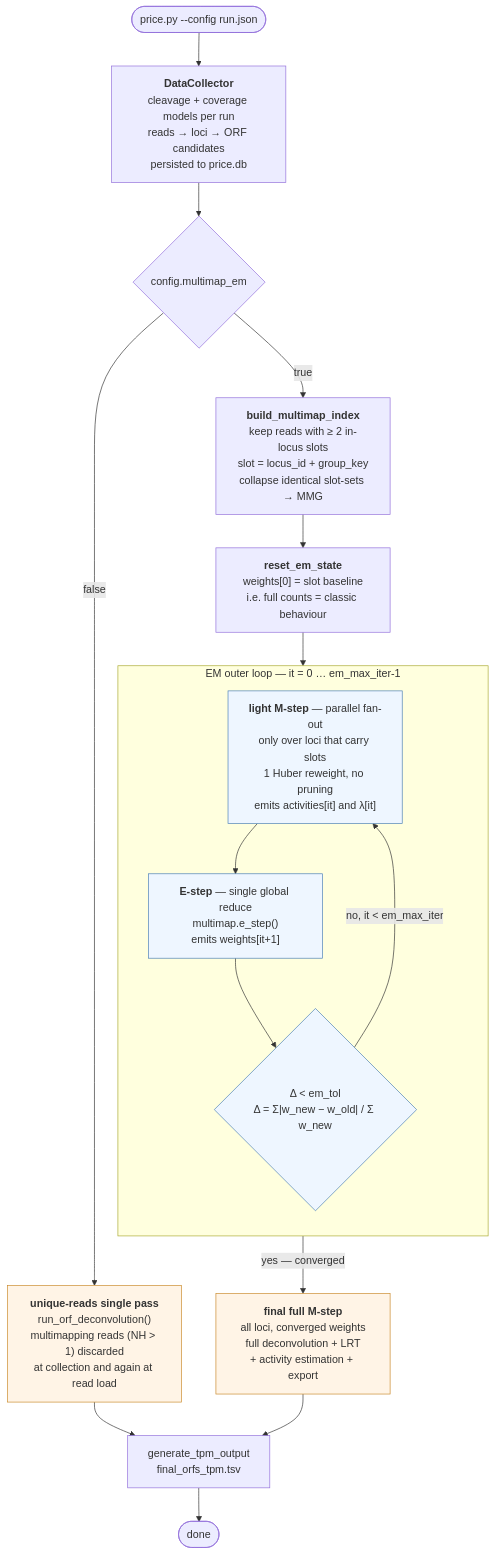
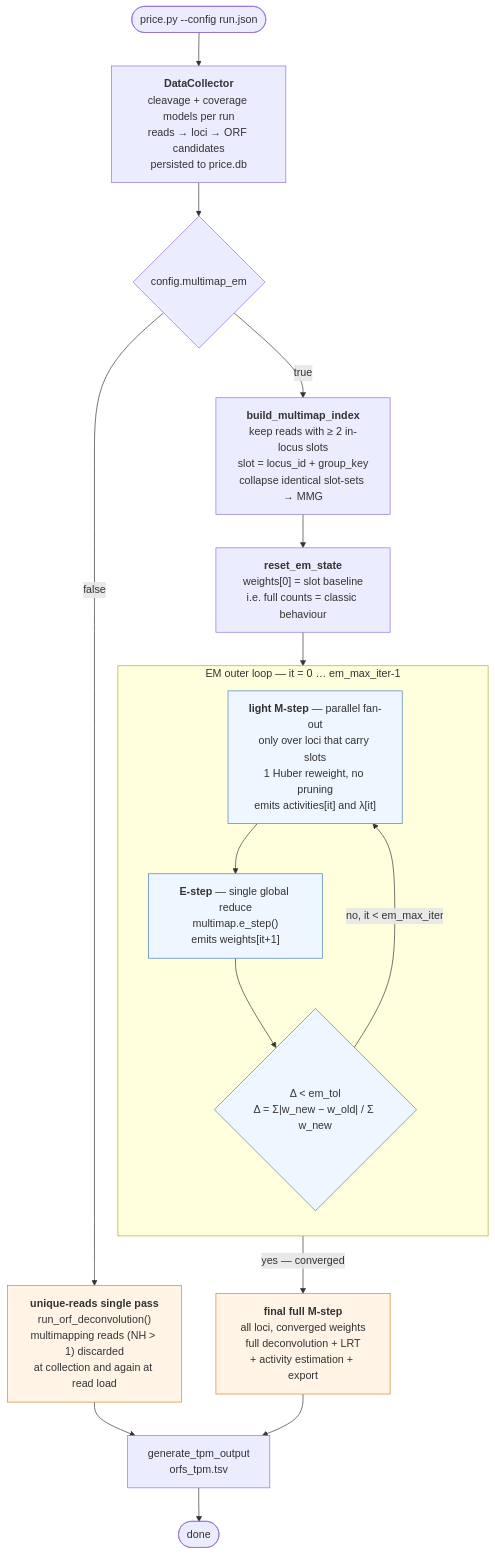
Before and after one commit to kilian-m/PRICE2: the first of 5 diagrams in docs/deconvolution.md, drawn with Mermaid. The commit also changed 8 other files, not shown here.

````diff
--- a/docs/deconvolution.md
+++ b/docs/deconvolution.md
@@ -12,28 +12,28 @@
 ```mermaid
 flowchart TD
     START(["price.py --config run.json"]) --> DC["<b>DataCollector</b><br/>cleavage + coverage models per run<br/>reads → loci → ORF candidates<br/>persisted to price.db"]
     DC --> MMQ{"config.multimap_em"}
 
     MMQ -->|"false"| CLASSIC["<b>unique-reads single pass</b><br/>run_orf_deconvolution()<br/>multimapping reads (NH &gt; 1) discarded<br/>at collection and again at read load"]
     CLASSIC --> TPM
 
     MMQ -->|"true"| IDX["<b>build_multimap_index</b><br/>keep reads with ≥ 2 in-locus slots<br/>slot = locus_id + group_key<br/>collapse identical slot-sets → MMG"]
     IDX --> RESET["<b>reset_em_state</b><br/>weights[0] = slot baseline<br/>i.e. full counts = classic behaviour"]
     subgraph EM ["EM outer loop — it = 0 … em_max_iter-1"]
         direction TB
         M["<b>light M-step</b> — parallel fan-out<br/>only over loci that carry slots<br/>1 Huber reweight, no pruning<br/>emits activities[it] and λ[it]"]
         M --> E["<b>E-step</b> — single global reduce<br/>multimap.e_step()<br/>emits weights[it+1]"]
         E --> CONV{"Δ &lt; em_tol<br/>Δ = Σ|w_new − w_old| / Σ w_new"}
         CONV -->|"no, it &lt; em_max_iter"| M
     end
 
     RESET --> M
     CONV -->|"yes — converged"| FINAL["<b>final full M-step</b><br/>all loci, converged weights<br/>full deconvolution + LRT<br/>+ activity estimation + export"]
-    FINAL --> TPM["generate_tpm_output<br/>final_orfs_tpm.tsv"]
+    FINAL --> TPM["generate_tpm_output<br/>orfs_tpm.tsv"]
     TPM --> DONE(["done"])
 
     classDef em fill:#eef6ff,stroke:#4a7fb5
     classDef hot fill:#fff4e6,stroke:#c98a2b
     class M,E,CONV em
     class FINAL,CLASSIC hot
 ```
````
